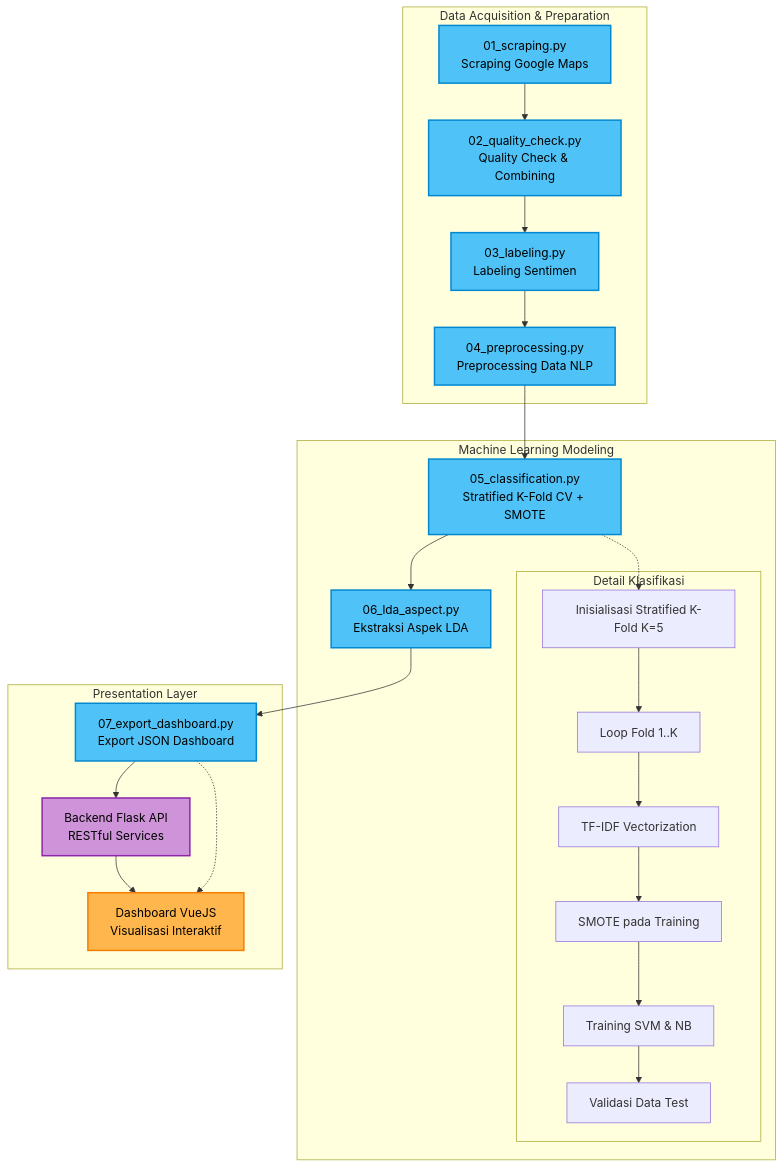
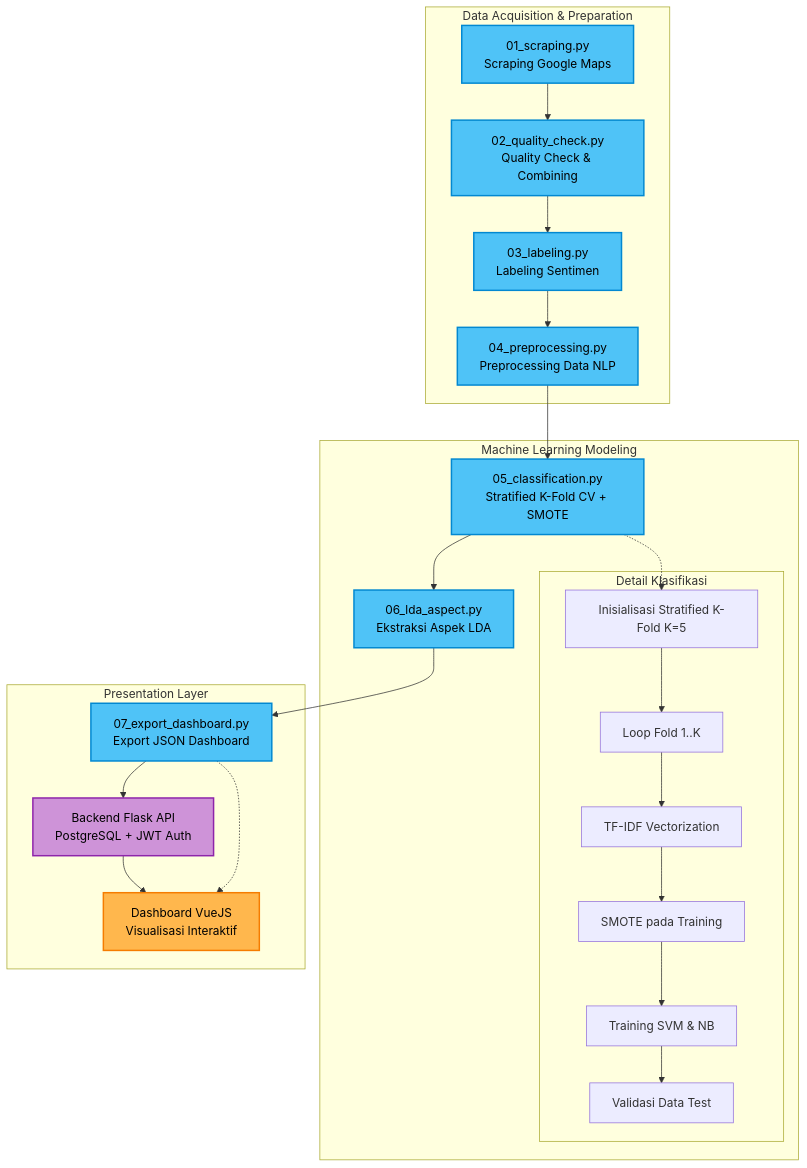
Before and after one commit to andhikabagaskara-IT/ABSAMieGacoan: the first of 6 diagrams in mermaidflowchart.md, drawn with Mermaid. The commit also changed other lines of this file and 18 other files, not shown here.

Commit message:
Update backend, 3 role user, DFD lv 0-2, Flask JWT Extended, Database pakai PostgreSQL

````diff
--- a/mermaidflowchart.md
+++ b/mermaidflowchart.md
@@ -5,38 +5,38 @@
 ```mermaid
 graph TD
     subgraph "Data Acquisition & Preparation"
         A[01_scraping.py<br/>Scraping Google Maps] --> B[02_quality_check.py<br/>Quality Check & Combining]
         B --> C[03_labeling.py<br/>Labeling Sentimen]
         C --> D[04_preprocessing.py<br/>Preprocessing Data NLP]
     end
 
     subgraph "Machine Learning Modeling"
         D --> E[05_classification.py<br/>Stratified K-Fold CV + SMOTE]
         E --> F[06_lda_aspect.py<br/>Ekstraksi Aspek LDA]
 
         subgraph "Detail Klasifikasi"
             E1[Inisialisasi Stratified K-Fold K=5] --> E2[Loop Fold 1..K]
             E2 --> E3[TF-IDF Vectorization]
             E3 --> E4[SMOTE pada Training]
             E4 --> E5[Training SVM & NB]
             E5 --> E6[Validasi Data Test]
         end
         E -.-> E1
     end
 
     subgraph "Presentation Layer"
         F --> G[07_export_dashboard.py<br/>Export JSON Dashboard]
-        G --> H[Backend Flask API<br/>RESTful Services]
+        G --> H[Backend Flask API<br/>PostgreSQL + JWT Auth]
         H --> I[Dashboard VueJS<br/>Visualisasi Interaktif]
         G -.-> I
     end
 
     classDef python fill:#4FC3F7,stroke:#0288D1,stroke-width:2px,color:#000
     classDef output fill:#81C784,stroke:#388E3C,stroke-width:2px,color:#000
     classDef ui fill:#FFB74D,stroke:#F57C00,stroke-width:2px,color:#000
     classDef backend fill:#CE93D8,stroke:#8E24AA,stroke-width:2px,color:#000
 
     class A,B,C,D,E,F,G python
     class H backend
     class I ui
 ```
````
